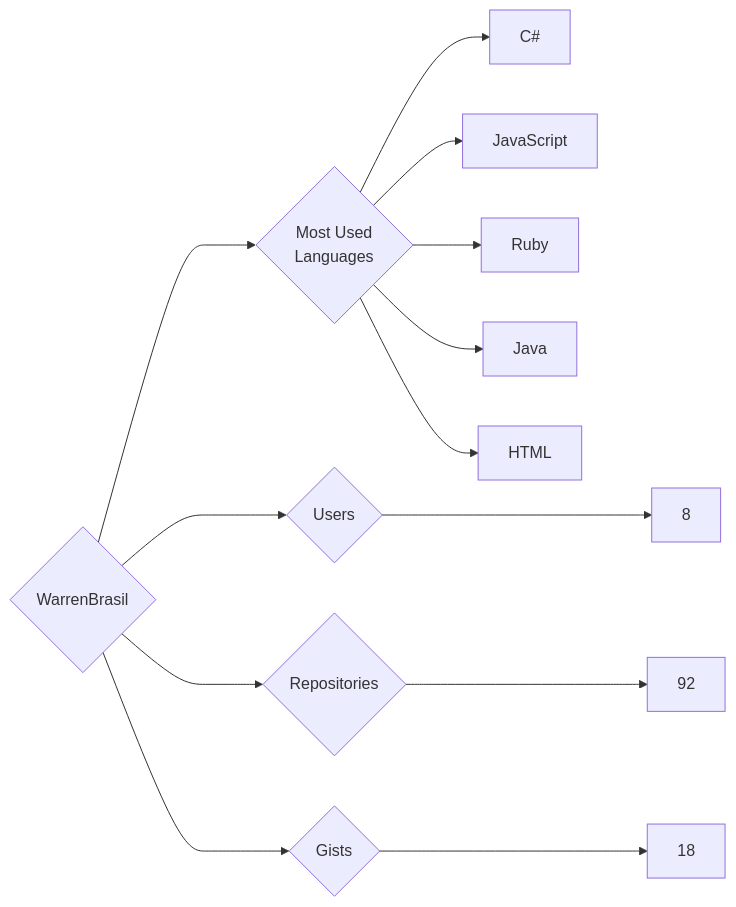
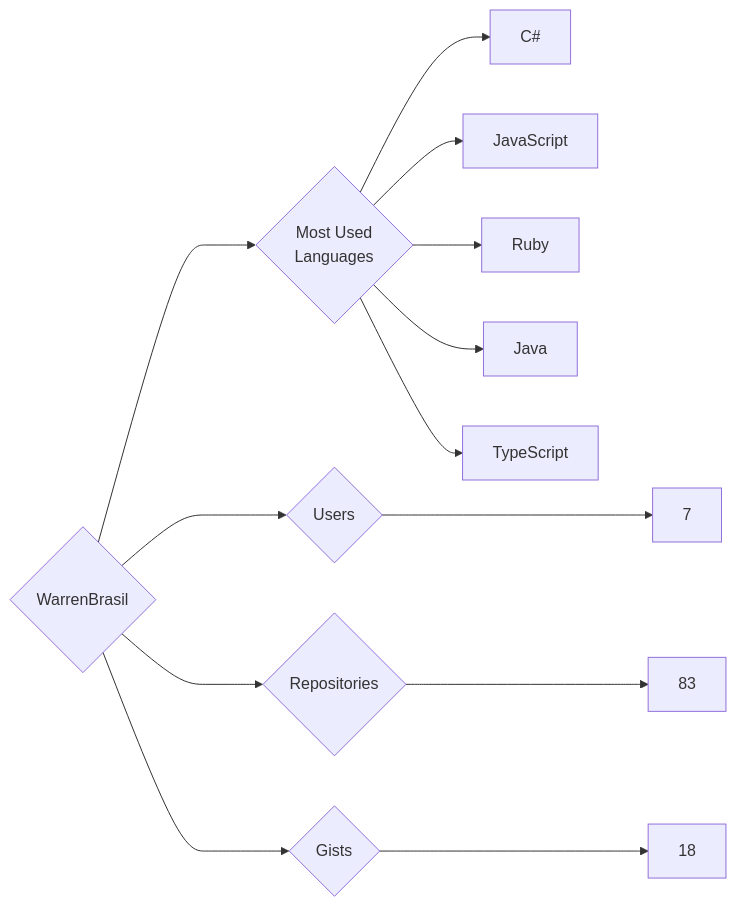
One commit to trickest/insiders changed the diagram in targets/WarrenBrasil/README.md. Above: the diagram before and after it, drawn with Mermaid. The commit also changed 681 other files, not shown here.

````diff
--- a/targets/WarrenBrasil/README.md
+++ b/targets/WarrenBrasil/README.md
@@ -3,13 +3,13 @@
 ```mermaid
 graph LR
 COMPANY_NAME{WarrenBrasil}
-COMPANY_NAME ---> U{Users} ---> UN[8]
-COMPANY_NAME ---> R{Repositories} ---> RN[92]
+COMPANY_NAME ---> U{Users} ---> UN[7]
+COMPANY_NAME ---> R{Repositories} ---> RN[83]
 COMPANY_NAME ---> G{Gists} ---> GN[18]
 COMPANY_NAME ---> ML{Most Used<br>Languages}
 ML --> C#[C#]
 ML --> JavaScript[JavaScript]
 ML --> Ruby[Ruby]
 ML --> Java[Java]
-ML --> HTML[HTML]
+ML --> TypeScript[TypeScript]
 ```
````
